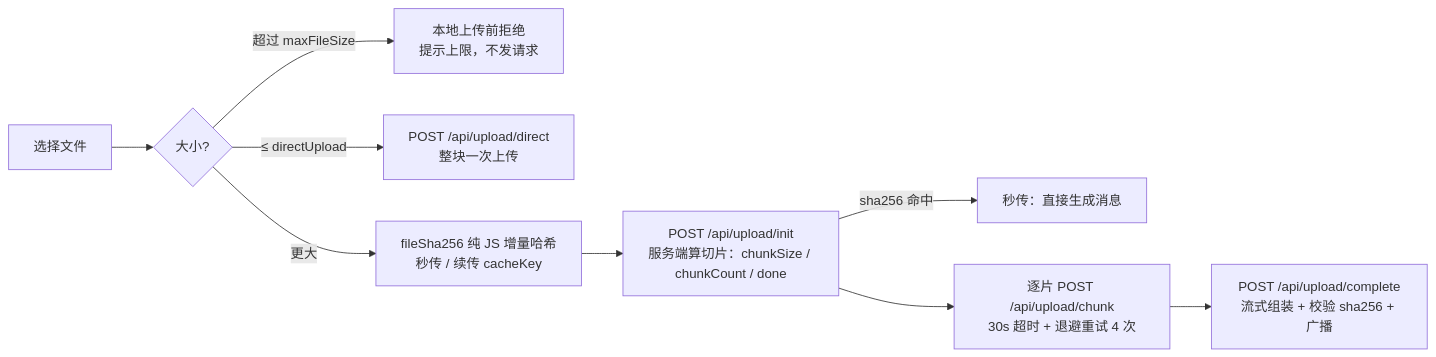
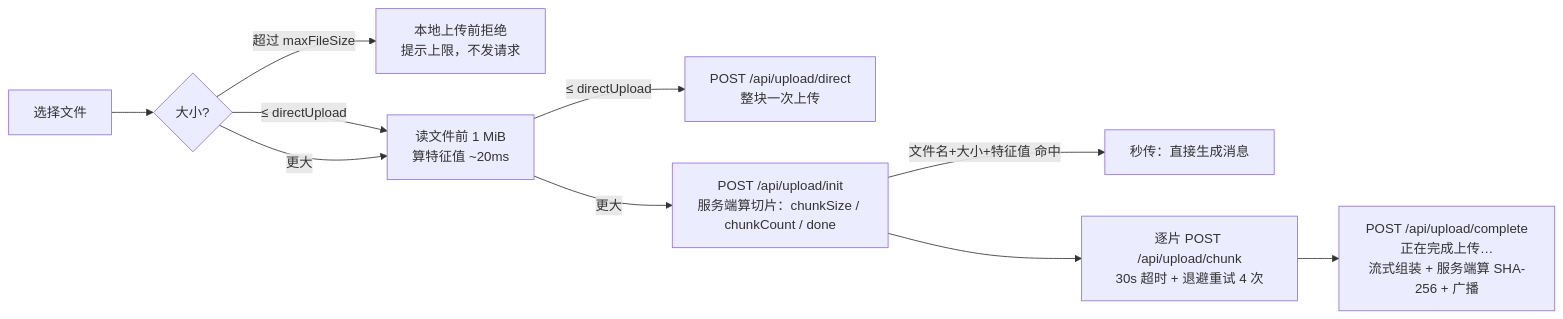
Before and after one commit to NoRainLand/filesyncEX: the second of 2 diagrams in README.md, drawn with Mermaid. The commit also changed other lines of this file and 23 other files, not shown here.

````diff
--- a/README.md
+++ b/README.md
@@ -201,11 +201,12 @@
 ```mermaid
 flowchart LR
     F[选择文件] --> A{大小?}
     A -- 超过 maxFileSize --> X[本地上传前拒绝<br/>提示上限，不发请求]
-    A -- ≤ directUpload --> D[POST /api/upload/direct<br/>整块一次上传]
-    A -- 更大 --> H[fileSha256 纯 JS 增量哈希<br/>秒传 / 续传 cacheKey]
-    H --> I[POST /api/upload/init<br/>服务端算切片：chunkSize / chunkCount / done]
-    I -- sha256 命中 --> S[秒传：直接生成消息]
+    A -- ≤ directUpload --> FP[读文件前 1 MiB<br/>算特征值 ~20ms]
+    A -- 更大 --> FP
+    FP -- ≤ directUpload --> D[POST /api/upload/direct<br/>整块一次上传]
+    FP -- 更大 --> I[POST /api/upload/init<br/>服务端算切片：chunkSize / chunkCount / done]
+    I -- 文件名+大小+特征值 命中 --> S[秒传：直接生成消息]
     I --> C[逐片 POST /api/upload/chunk<br/>30s 超时 + 退避重试 4 次]
-    C --> CP[POST /api/upload/complete<br/>流式组装 + 校验 sha256 + 广播]
+    C --> CP[POST /api/upload/complete<br/>正在完成上传…<br/>流式组装 + 服务端算 SHA-256 + 广播]
 ```
````
